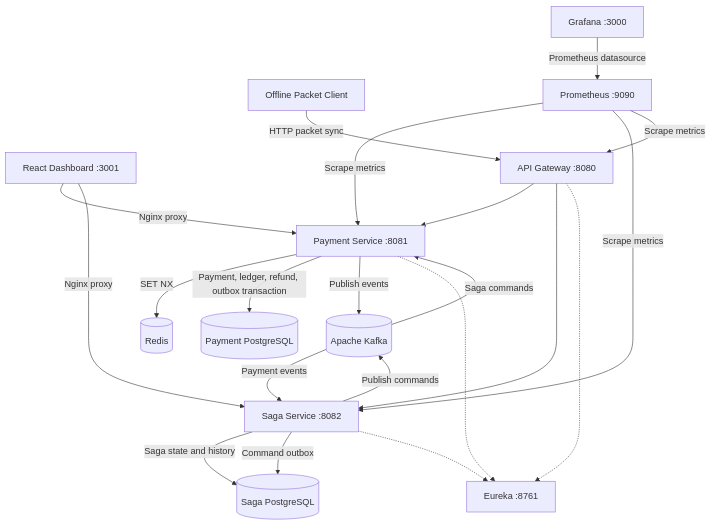
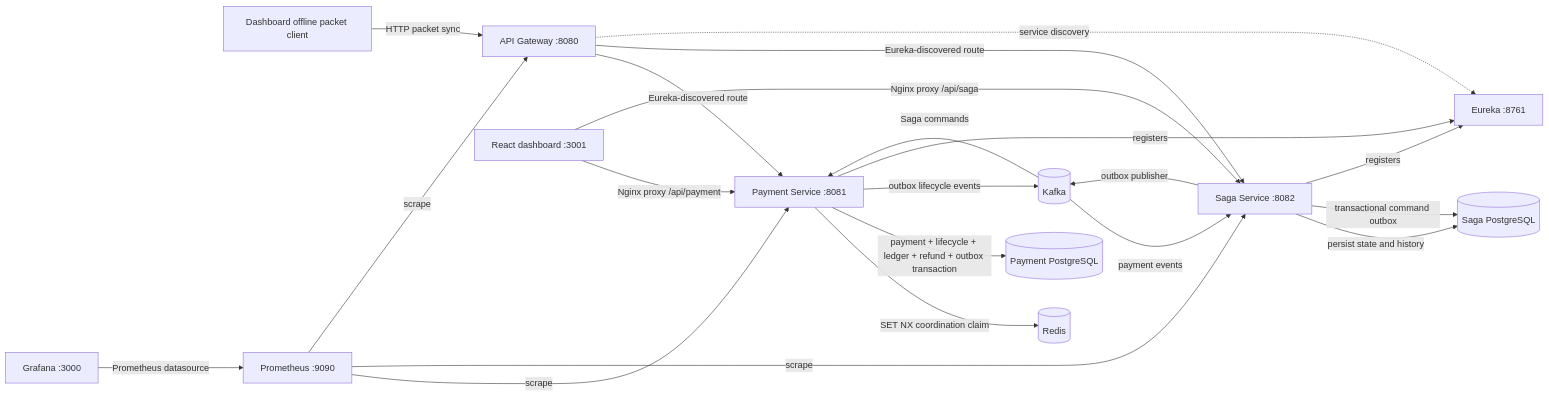
The diagram in README.md (aryangaikwad-966/MeshPay-Offline-First-Distributed-Payment-Engine), drawn with Mermaid before and after one commit. The commit also changed other lines of this file, not shown here.

````diff
--- a/README.md
+++ b/README.md
@@ -64,42 +40,27 @@
 ```mermaid
-flowchart TB
-    Client["Offline Packet Client"]
-    Browser["React Dashboard :3001"]
-    Gateway["API Gateway :8080"]
-    Payment["Payment Service :8081"]
-    Saga["Saga Service :8082"]
+flowchart LR
+    Client[Dashboard offline packet client] -->|HTTP packet sync| Gateway[API Gateway :8080]
+    Gateway -->|Eureka-discovered route| Payment[Payment Service :8081]
+    Gateway -->|Eureka-discovered route| Saga[Saga Service :8082]
 
-    Redis[("Redis")]
-    PayDB[("Payment PostgreSQL")]
-    SagaDB[("Saga PostgreSQL")]
-    Kafka[("Apache Kafka")]
-    Eureka["Eureka :8761"]
-    Prom["Prometheus :9090"]
-    Grafana["Grafana :3000"]
+    Browser[React dashboard :3001] -->|Nginx proxy /api/payment| Payment
+    Browser -->|Nginx proxy /api/saga| Saga
 
-    Client -->|"HTTP packet sync"| Gateway
-    Browser -->|"Nginx proxy"| Payment
-    Browser -->|"Nginx proxy"| Saga
+    Payment -->|SET NX coordination claim| Redis[(Redis)]
+    Payment -->|payment + lifecycle + ledger + refund + outbox transaction| PayDB[(Payment PostgreSQL)]
+    Payment -->|outbox lifecycle events| Kafka[(Kafka)]
+    Kafka -->|payment events| Saga
+    Saga -->|persist state and history| SagaDB[(Saga PostgreSQL)]
+    Saga -->|transactional command outbox| SagaDB
+    Saga -->|outbox publisher| Kafka
+    Kafka -->|Saga commands| Payment
 
-    Gateway --> Payment
-    Gateway --> Saga
-    Gateway -.-> Eureka
+    Payment -->|registers| Eureka[Eureka :8761]
+    Saga -->|registers| Eureka
+    Gateway -. service discovery .-> Eureka
 
-    Payment -->|"SET NX"| Redis
-    Payment -->|"Payment, ledger, refund, outbox transaction"| PayDB
-    Payment -->|"Publish events"| Kafka
-
-    Kafka -->|"Payment events"| Saga
-    Saga -->|"Saga state and history"| SagaDB
-    Saga -->|"Command outbox"| SagaDB
-    Saga -->|"Publish commands"| Kafka
-    Kafka -->|"Saga commands"| Payment
-
-    Payment -.-> Eureka
-    Saga -.-> Eureka
-
-    Prom -->|"Scrape metrics"| Payment
-    Prom -->|"Scrape metrics"| Saga
-    Prom -->|"Scrape metrics"| Gateway
-    Grafana -->|"Prometheus datasource"| Prom
+    Prom[Prometheus :9090] -->|scrape| Payment
+    Prom -->|scrape| Saga
+    Prom -->|scrape| Gateway
+    Grafana[Grafana :3000] -->|Prometheus datasource| Prom
 ```
````
